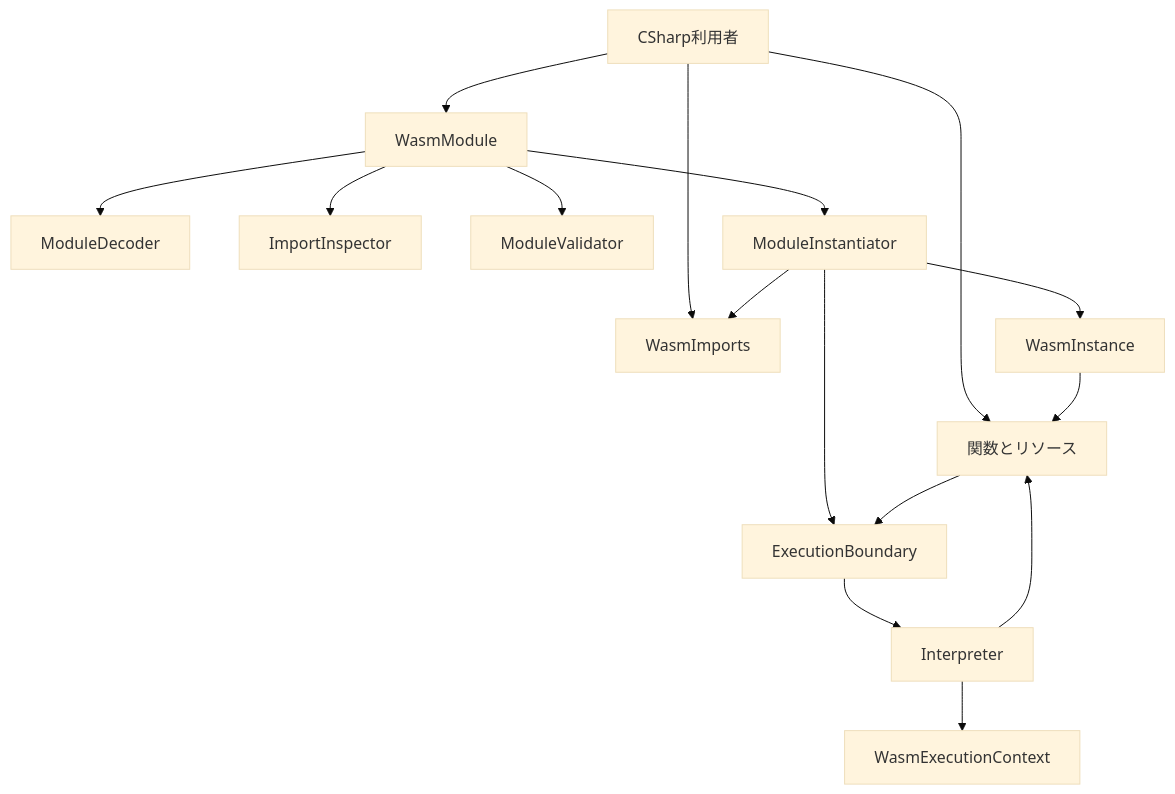
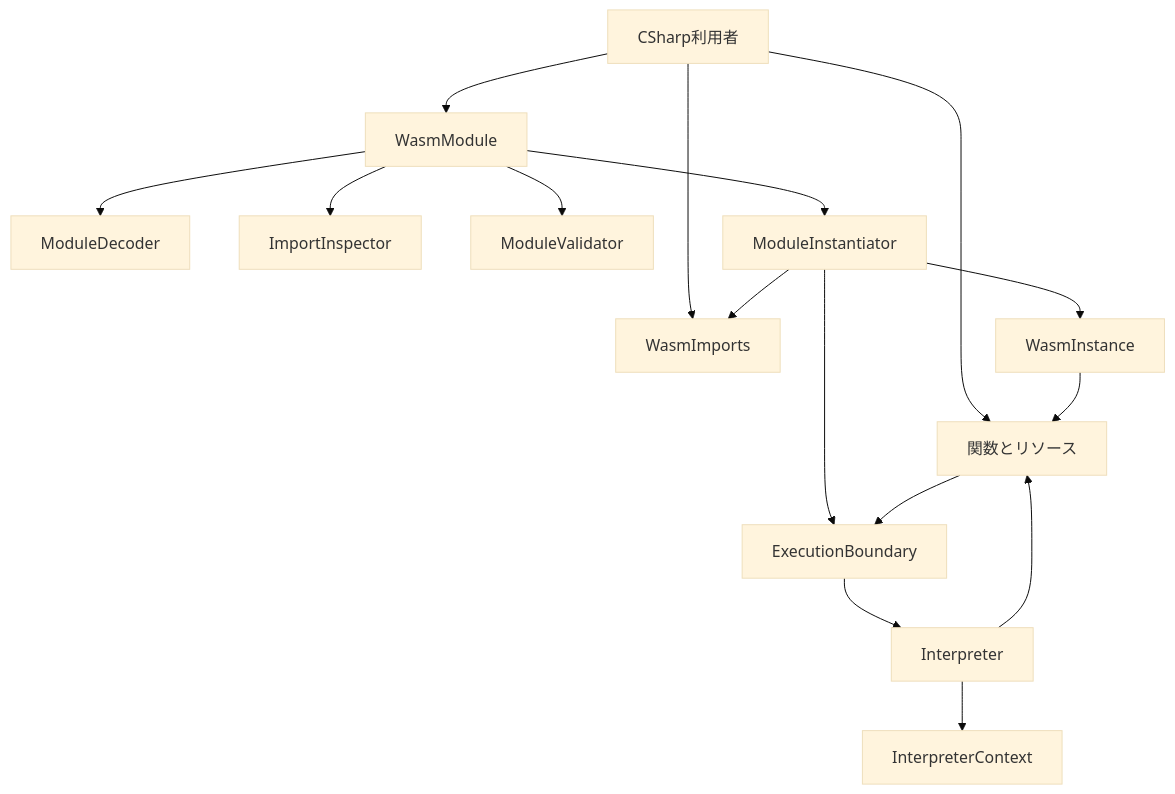
Before and after one commit to huurou/WasmSharp2: the first of 3 diagrams in .kiro/specs/host-linking/design.md, drawn with Mermaid (base theme). The commit also changed other lines of this file and 59 other files, not shown here.

````diff
--- a/.kiro/specs/host-linking/design.md
+++ b/.kiro/specs/host-linking/design.md
@@ -59,18 +59,18 @@
 ```mermaid
 graph TD
     Caller[CSharp利用者] --> Module[WasmModule]
     Caller --> Imports[WasmImports]
     Caller --> Resources[関数とリソース]
     Module --> Decoder[ModuleDecoder]
     Module --> Inspector[ImportInspector]
     Module --> Validator[ModuleValidator]
     Module --> Instantiator[ModuleInstantiator]
     Instantiator --> Imports
     Instantiator --> Instance[WasmInstance]
     Instance --> Resources
     Instantiator --> Boundary[ExecutionBoundary]
     Resources --> Boundary
     Boundary --> Interpreter[Interpreter]
-    Interpreter --> Context[WasmExecutionContext]
+    Interpreter --> Context[InterpreterContext]
     Interpreter --> Resources
 ```
````
